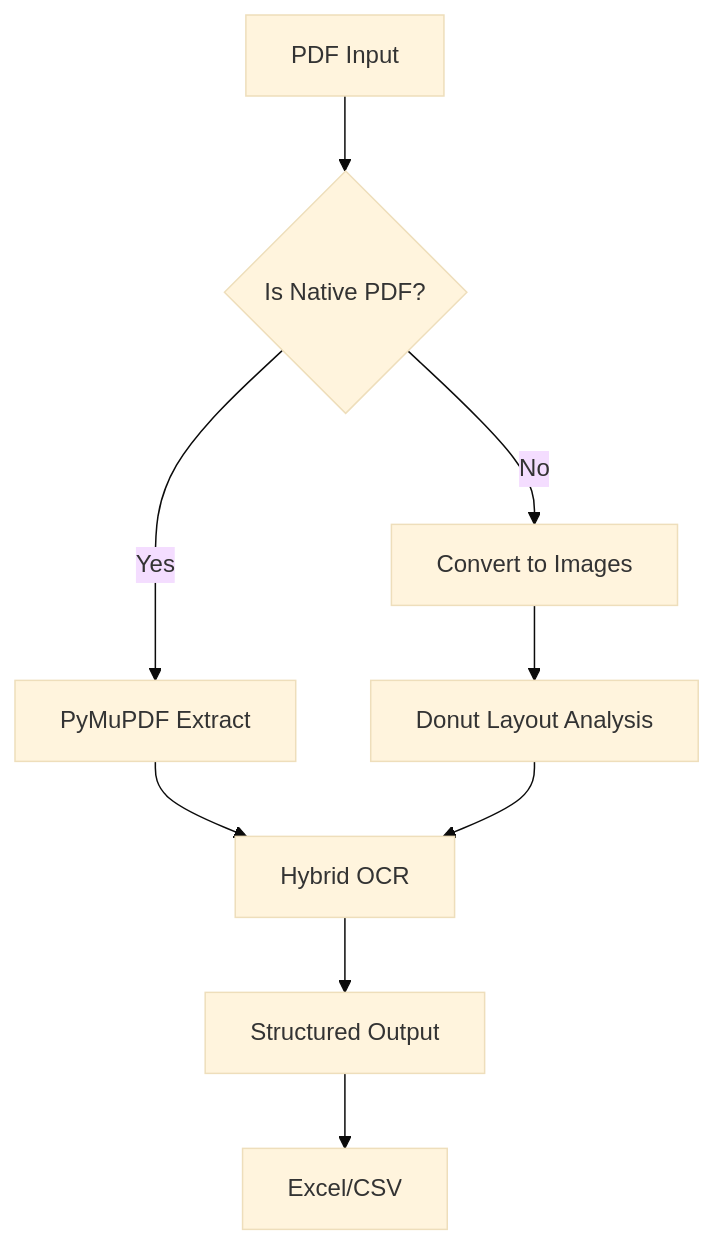
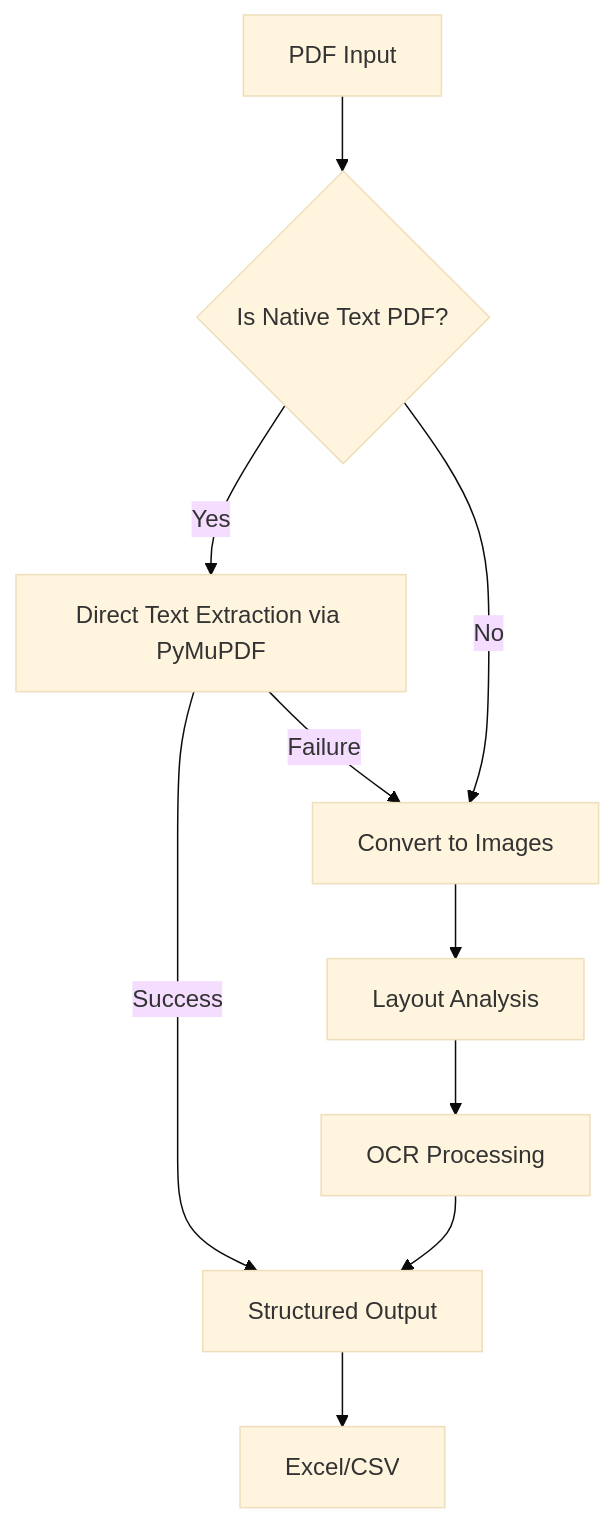
Before and after one commit to moffat-kagiri/pdf-mining: the diagram in workflow_summary.md, drawn with Mermaid (base theme). The commit also changed 7 other files, not shown here.

Commit message:
Enhance text extraction functionality: add fallback logic for OCR, implement direct text extraction with PyMuPDF, and update configuration options; refactor TextExtractor class for improved readability and maintainability.

````diff
--- a/workflow_summary.md
+++ b/workflow_summary.md
@@ -58,11 +58,13 @@
 ```mermaid
 graph TD
-    A[PDF Input] --> B{Is Native PDF?}
-    B -->|Yes| C[PyMuPDF Extract]
+    A[PDF Input] --> B{Is Native Text PDF?}
+    B -->|Yes| C[Direct Text Extraction via PyMuPDF]
     B -->|No| D[Convert to Images]
-    D --> E[Donut Layout Analysis]
-    C & E --> F[Hybrid OCR]
-    F --> G[Structured Output]
+    C -->|Success| G[Structured Output]
+    C -->|Failure| D
+    D --> E[Layout Analysis]
+    E --> F[OCR Processing]
+    F --> G
     G --> H[Excel/CSV]
 
 ```
````
